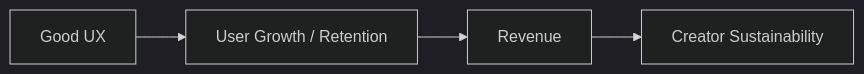
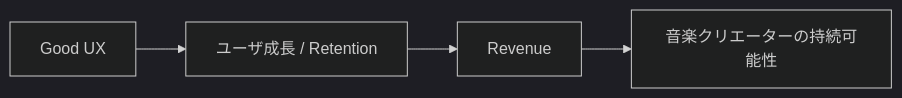
One commit to ShigeichiroYamasaki/creator-first-platform changed diagram 36 of 47 in docs/whitepaper/12-infrastructure-cost.md. Above: the diagram before and after it, drawn with Mermaid (dark theme). The commit also changed other lines of this file and 67 other files, not shown here.

````diff
--- a/docs/whitepaper/12-infrastructure-cost.md
+++ b/docs/whitepaper/12-infrastructure-cost.md
@@ -1563,9 +1563,9 @@
 ```mermaid
 flowchart LR
     UX[Good UX]
-    USERS[User Growth / Retention]
+    USERS[ユーザ成長 / Retention]
     REVENUE[Revenue]
-    CREATOR[Creator Sustainability]
+    CREATOR[音楽クリエーターの持続可能性]
 
     UX --> USERS --> REVENUE --> CREATOR
 ```
````
